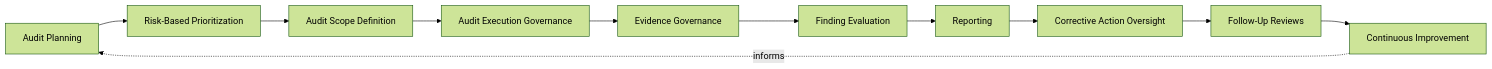
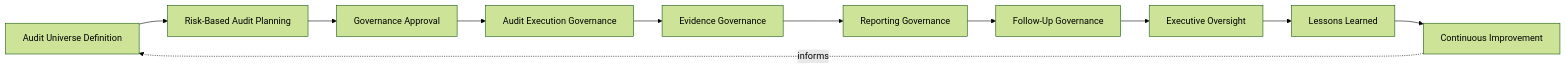
One commit to MojammelJoy/StackLeo-Tech-Store changed the second of 6 diagrams in 06_Security/audit-governance.md. Above: the diagram before and after it, drawn with Mermaid (forest theme). The commit also changed other lines of this file and 30 other files, not shown here.

````diff
--- a/06_Security/audit-governance.md
+++ b/06_Security/audit-governance.md
@@ -118,13 +328,13 @@
 ```mermaid
 flowchart LR
-    A[Audit Planning] --> B[Risk-Based Prioritization]
-    B --> C[Audit Scope Definition]
+    A[Audit Universe Definition] --> B[Risk-Based Audit Planning]
+    B --> C[Governance Approval]
     C --> D[Audit Execution Governance]
     D --> E[Evidence Governance]
-    E --> F[Finding Evaluation]
-    F --> G[Reporting]
-    G --> H[Corrective Action Oversight]
-    H --> I[Follow-Up Reviews]
+    E --> F[Reporting Governance]
+    F --> G[Follow-Up Governance]
+    G --> H[Executive Oversight]
+    H --> I[Lessons Learned]
     I --> J[Continuous Improvement]
     J -.informs.-> A
 ```
````
